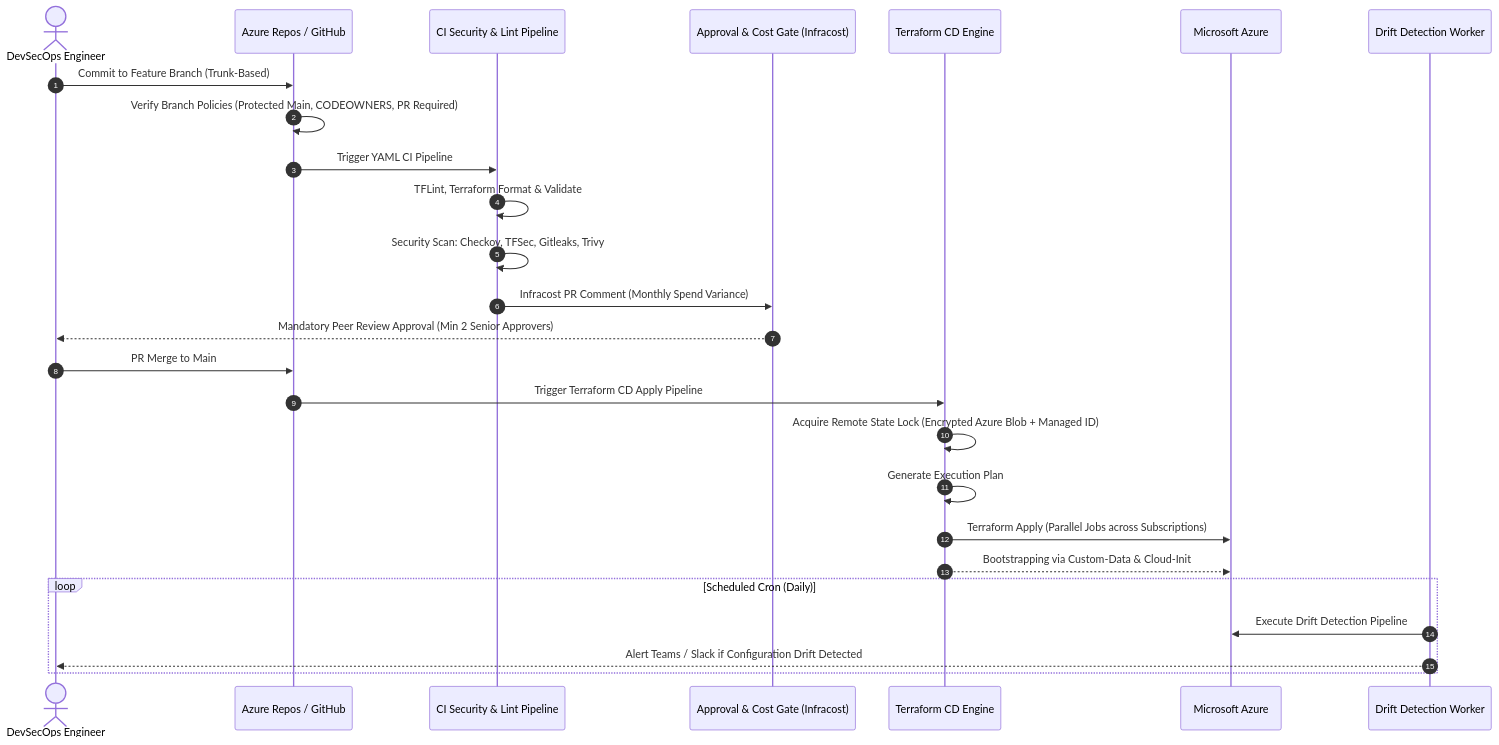
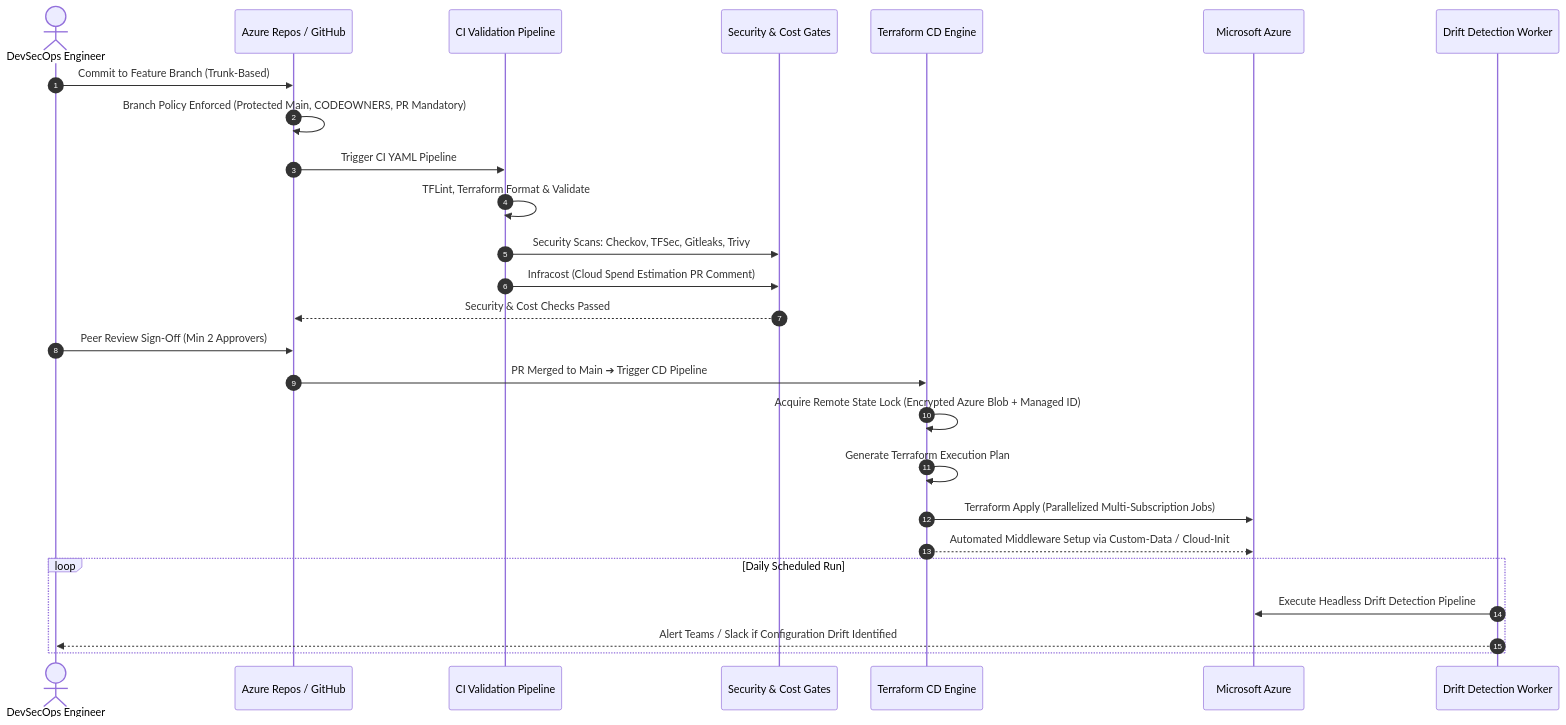
One commit to aahmad39/aahmad39 changed the third of 4 diagrams in README.md. Above: the diagram before and after it, drawn with Mermaid. The commit also changed other lines of this file, not shown here.

Commit message:
docs: fully expose architectural checklists, CAF frameworks, and deep domain sections with clean aesthetic layouts

````diff
--- a/README.md
+++ b/README.md
@@ -300,29 +297,29 @@
 ```mermaid
 sequenceDiagram
     autonumber
     actor Dev as DevSecOps Engineer
     participant Git as Azure Repos / GitHub
-    participant CI as CI Security & Lint Pipeline
-    participant Gate as Approval & Cost Gate (Infracost)
+    participant CI as CI Validation Pipeline
+    participant Sec as Security & Cost Gates
     participant CD as Terraform CD Engine
     participant Azure as Microsoft Azure
     participant Drift as Drift Detection Worker
 
     Dev->>Git: Commit to Feature Branch (Trunk-Based)
-    Git->>Git: Verify Branch Policies (Protected Main, CODEOWNERS, PR Required)
-    Git->>CI: Trigger YAML CI Pipeline
+    Git->>Git: Branch Policy Enforced (Protected Main, CODEOWNERS, PR Mandatory)
+    Git->>CI: Trigger CI YAML Pipeline
     CI->>CI: TFLint, Terraform Format & Validate
-    CI->>CI: Security Scan: Checkov, TFSec, Gitleaks, Trivy
-    CI->>Gate: Infracost PR Comment (Monthly Spend Variance)
-    Gate-->>Dev: Mandatory Peer Review Approval (Min 2 Senior Approvers)
-    Dev->>Git: PR Merge to Main
-    Git->>CD: Trigger Terraform CD Apply Pipeline
+    CI->>Sec: Security Scans: Checkov, TFSec, Gitleaks, Trivy
+    CI->>Sec: Infracost (Cloud Spend Estimation PR Comment)
+    Sec-->>Git: Security & Cost Checks Passed
+    Dev->>Git: Peer Review Sign-Off (Min 2 Approvers)
+    Git->>CD: PR Merged to Main ➔ Trigger CD Pipeline
     CD->>CD: Acquire Remote State Lock (Encrypted Azure Blob + Managed ID)
-    CD->>CD: Generate Execution Plan
-    CD->>Azure: Terraform Apply (Parallel Jobs across Subscriptions)
-    CD-->>Azure: Bootstrapping via Custom-Data & Cloud-Init
-    loop Scheduled Cron (Daily)
-        Drift->>Azure: Execute Drift Detection Pipeline
-        Drift-->>Dev: Alert Teams / Slack if Configuration Drift Detected
+    CD->>CD: Generate Terraform Execution Plan
+    CD->>Azure: Terraform Apply (Parallelized Multi-Subscription Jobs)
+    CD-->>Azure: Automated Middleware Setup via Custom-Data / Cloud-Init
+    loop Daily Scheduled Run
+        Drift->>Azure: Execute Headless Drift Detection Pipeline
+        Drift-->>Dev: Alert Teams / Slack if Configuration Drift Identified
     end
 ```
````
